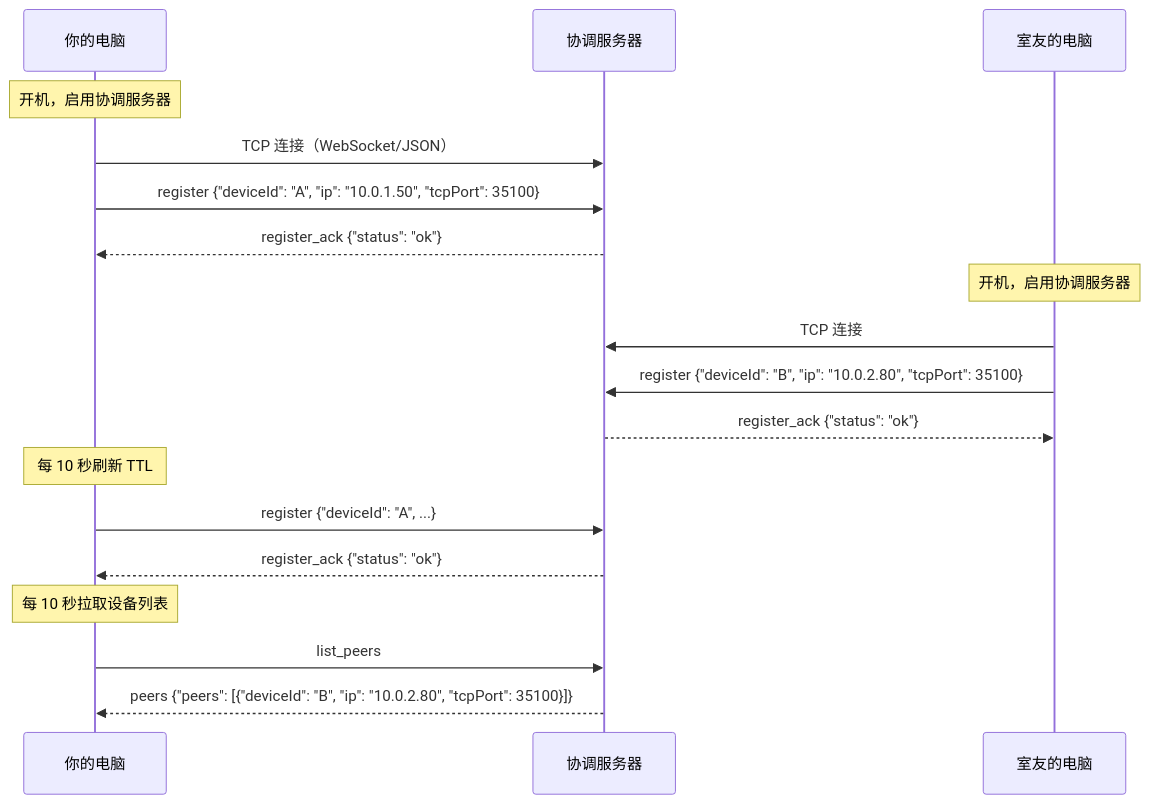
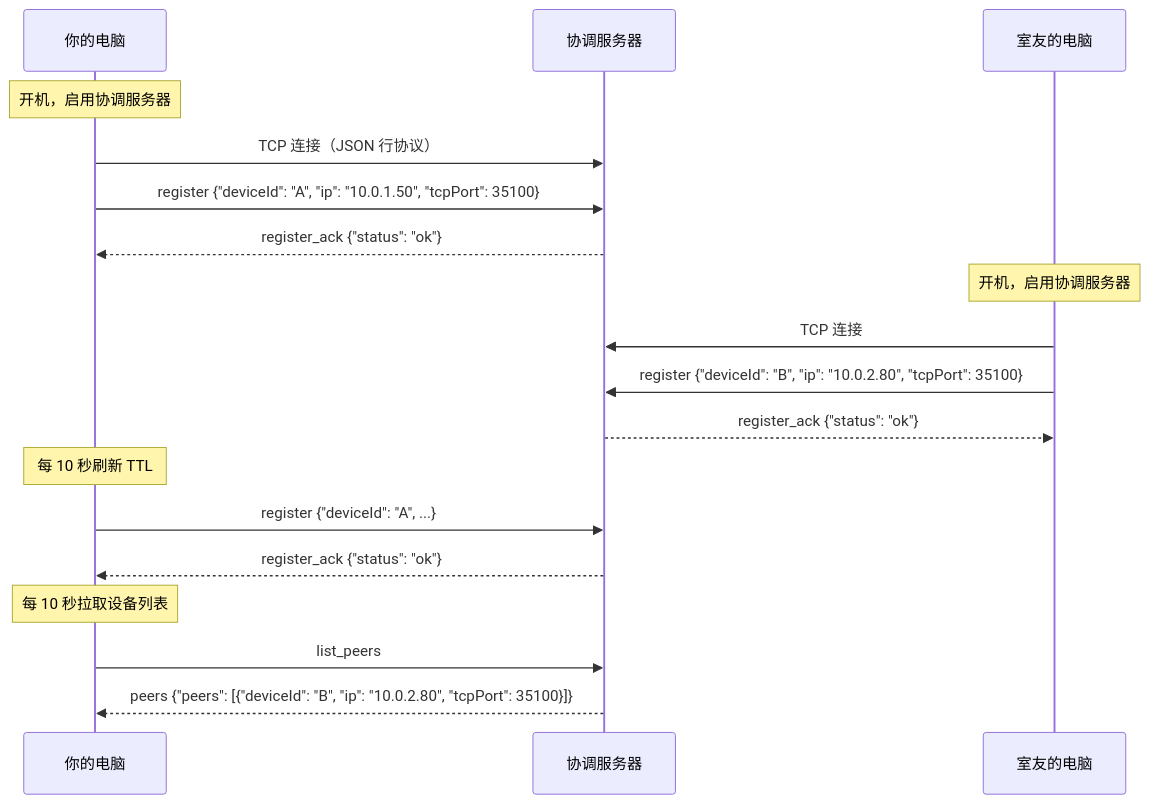
One commit to Gsheep0729/GridYard changed the seventh of 9 diagrams in README.md. Above: the diagram before and after it, drawn with Mermaid. The commit also changed 1 other file, not shown here.

Commit message:
修正协调服务器时序图的协议标注并清理测试用例里的 http 字面量（合规收口，v7.25.0）
README 校园网协调服务器那节的时序图里，客户端注册那一步原先标成"TCP 连接（WebSocket/JSON）"，但协调节点走的是裸 TCP 加自研 JSON 行协议，既没链接 WebSockets 模块也没有握手帧，这行标注和实现对不上，改成"TCP 连接（JSON 行协议）"，和同图另一端以及正文里"按连接的首行握手分流"的描述对齐。

邀请码编解码的负例用例用了一个 http 开头的样例串验证非法协议被拒，这个串本身没有网络行为，但源码里出现 http 字样容易被读成走了 HTTP 协议，换成 ftp 前缀，断言分支和语义不变。顺带把该测试文件的版本头对齐到当前声明版本 7.25.0。

````diff
--- a/README.md
+++ b/README.md
@@ -339,24 +339,24 @@
 ```mermaid
 sequenceDiagram
     participant A as 你的电脑
     participant RV as 协调服务器
     participant B as 室友的电脑
 
     Note over A: 开机，启用协调服务器
-    A->>RV: TCP 连接（WebSocket/JSON）
+    A->>RV: TCP 连接（JSON 行协议）
     A->>RV: register {"deviceId": "A", "ip": "10.0.1.50", "tcpPort": 35100}
     RV-->>A: register_ack {"status": "ok"}
 
     Note over B: 开机，启用协调服务器
     B->>RV: TCP 连接
     B->>RV: register {"deviceId": "B", "ip": "10.0.2.80", "tcpPort": 35100}
     RV-->>B: register_ack {"status": "ok"}
 
     Note over A: 每 10 秒刷新 TTL
     A->>RV: register {"deviceId": "A", ...}
     RV-->>A: register_ack {"status": "ok"}
 
     Note over A: 每 10 秒拉取设备列表
     A->>RV: list_peers
     RV-->>A: peers {"peers": [{"deviceId": "B", "ip": "10.0.2.80", "tcpPort": 35100}]}
 ```
````
